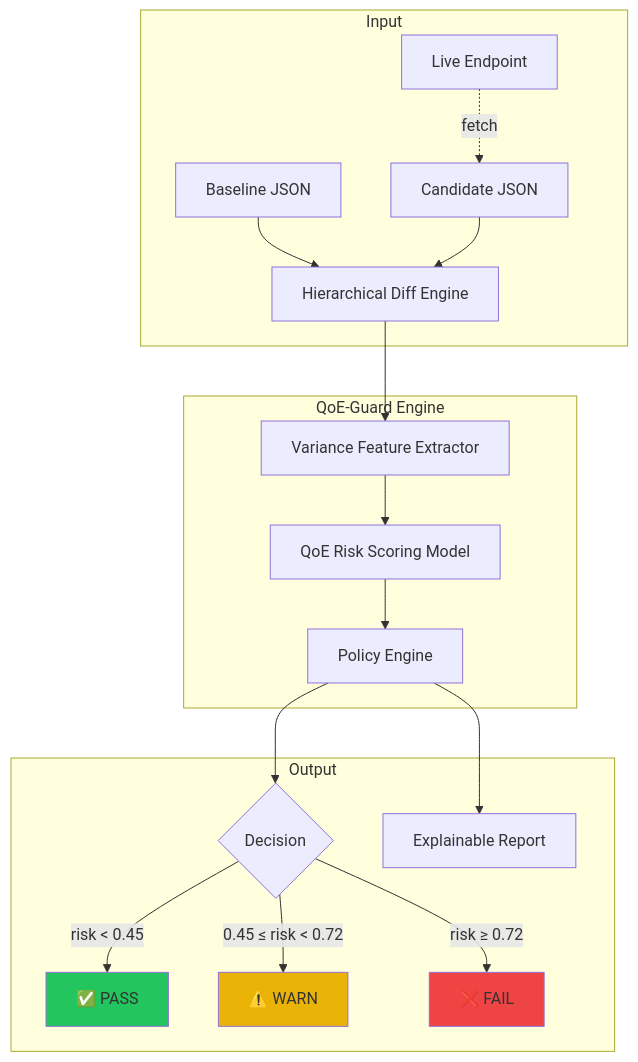
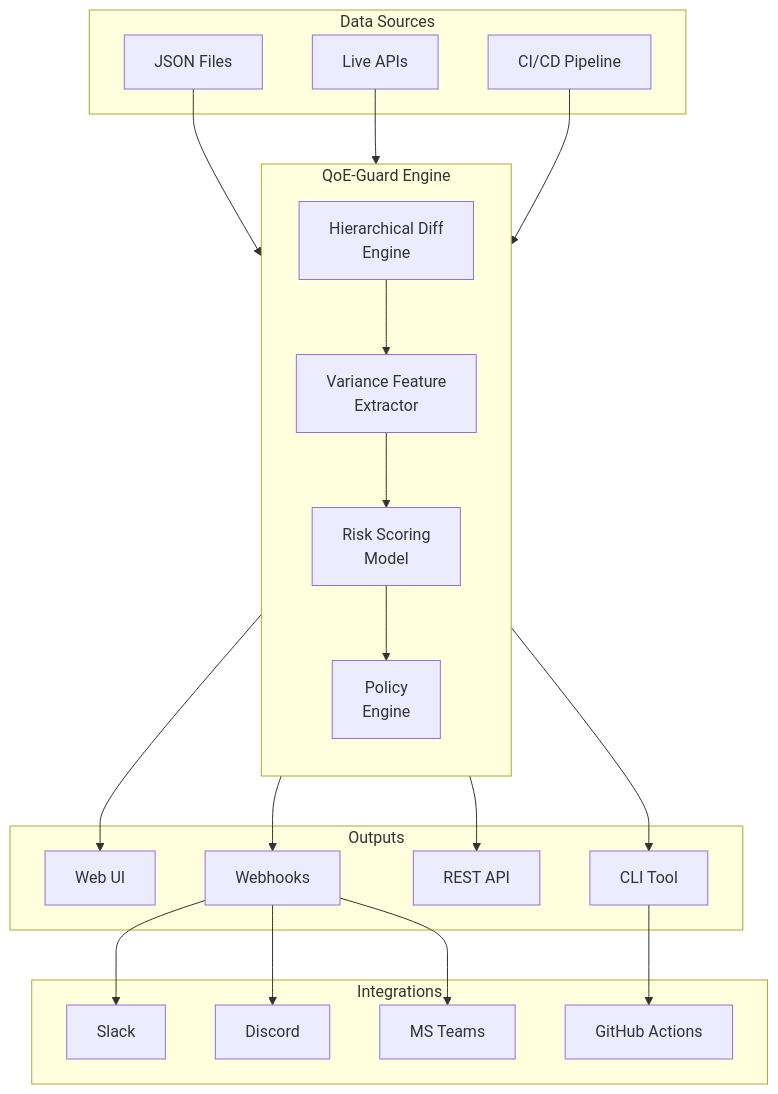
One commit to parthassamal/qoe-guard-patent-demo changed the first of 3 diagrams in README.md. Above: the diagram before and after it, drawn with Mermaid. The commit also changed other lines of this file and 8 other files, not shown here.

First line of the commit message:
feat: Production-grade upgrade with CLI, Docker, GitHub Actions, webhooks

````diff
--- a/README.md
+++ b/README.md
@@ -43,26 +70,36 @@
 ```mermaid
 flowchart TB
-    subgraph Input
-        A[Baseline JSON] --> D
-        B[Candidate JSON] --> D
-        C[Live Endpoint] -.->|fetch| B
+    subgraph Sources["Data Sources"]
+        F1[JSON Files]
+        F2[Live APIs]
+        F3[CI/CD Pipeline]
     end
-    
+
     subgraph Core["QoE-Guard Engine"]
-        D[Hierarchical Diff Engine] --> E[Variance Feature Extractor]
-        E --> F[QoE Risk Scoring Model]
-        F --> G[Policy Engine]
+        direction TB
+        DIFF[Hierarchical Diff<br/>Engine]
+        FEAT[Variance Feature<br/>Extractor]
+        MODEL[Risk Scoring<br/>Model]
+        POLICY[Policy<br/>Engine]
     end
-    
-    subgraph Output
-        G --> H{Decision}
-        H -->|risk < 0.45| I[✅ PASS]
-        H -->|0.45 ≤ risk < 0.72| J[⚠️ WARN]
-        H -->|risk ≥ 0.72| K[❌ FAIL]
-        G --> L[Explainable Report]
+
+    subgraph Output["Outputs"]
+        UI[Web UI]
+        CLI[CLI Tool]
+        API[REST API]
+        WH[Webhooks]
     end
-    
-    style I fill:#22c55e
-    style J fill:#eab308
-    style K fill:#ef4444
+
+    subgraph Notifications["Integrations"]
+        SLACK[Slack]
+        DISCORD[Discord]
+        TEAMS[MS Teams]
+        GHA[GitHub Actions]
+    end
+
+    F1 & F2 & F3 --> DIFF
+    DIFF --> FEAT --> MODEL --> POLICY
+    POLICY --> UI & CLI & API
+    POLICY --> WH --> SLACK & DISCORD & TEAMS
+    CLI --> GHA
 ```
````
